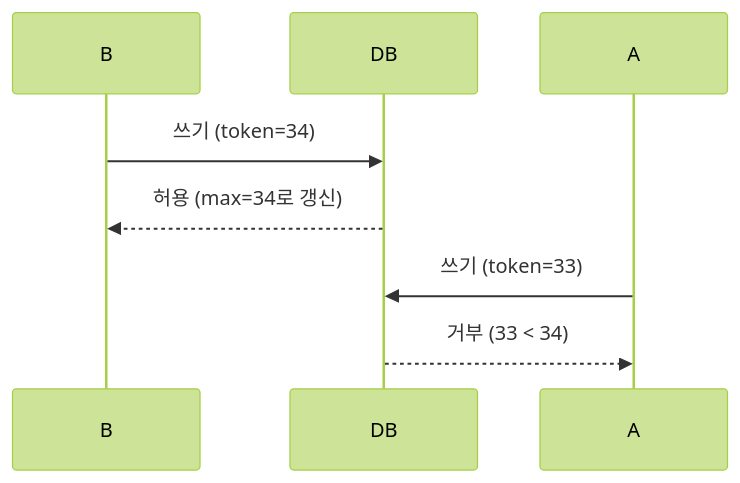
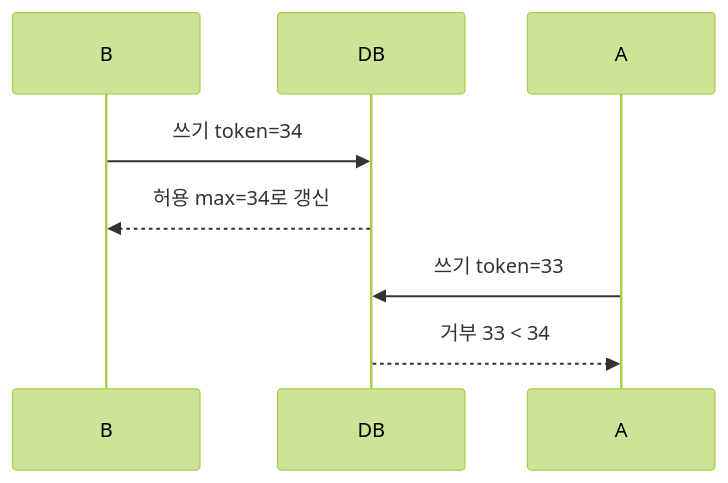
Diagram 13 of 15 in _posts/redis/2026-05-01-redis-distributed-lock.md (yjkim2015/yjkim2015.github.io), drawn with Mermaid (forest theme) before and after one commit. The commit also changed other lines of this file and 85 other files, not shown here.

First line of the commit message:
sequenceDiagram 문법 에러 2차 수정 169개 (86파일)

````diff
--- a/_posts/redis/2026-05-01-redis-distributed-lock.md
+++ b/_posts/redis/2026-05-01-redis-distributed-lock.md
@@ -999,7 +999,7 @@
 ```mermaid
 sequenceDiagram
-    B->>DB: 쓰기 (token=34)
-    DB-->>B: 허용 (max=34로 갱신)
-    A->>DB: 쓰기 (token=33)
-    DB-->>A: 거부 (33 < 34)
+    B->>DB: 쓰기 token=34
+    DB-->>B: 허용 max=34로 갱신
+    A->>DB: 쓰기 token=33
+    DB-->>A: 거부 33 < 34
 ```
````
